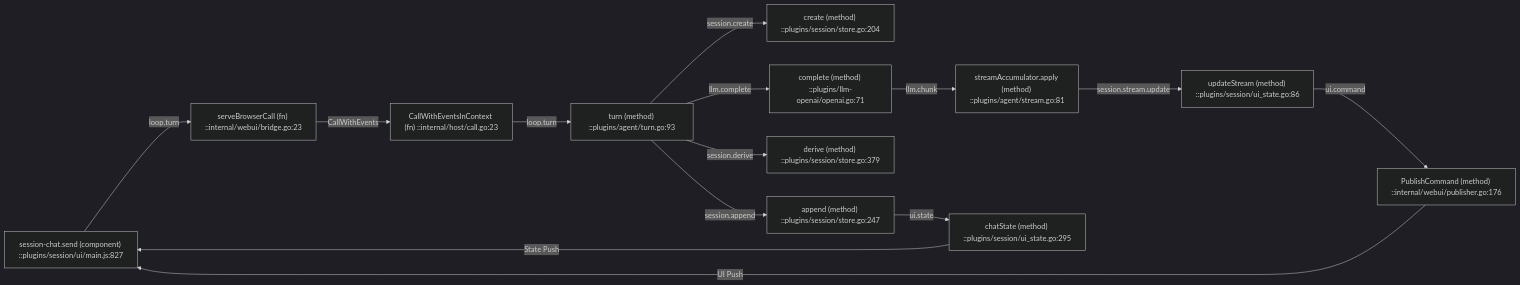
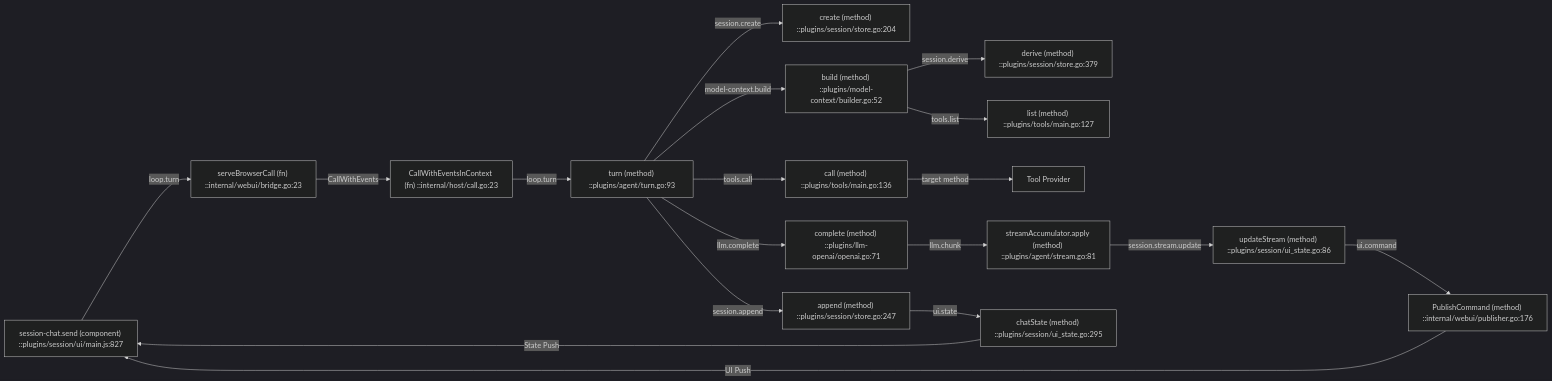
One commit to Alphazer01214/my-go-lite-agent changed the second of 5 diagrams in docs/project-map/DEPENDENCY.md. Above: the diagram before and after it, drawn with Mermaid (dark theme). The commit also changed other lines of this file and 87 other files, not shown here.

````diff
--- a/docs/project-map/DEPENDENCY.md
+++ b/docs/project-map/DEPENDENCY.md
@@ -22,16 +37,20 @@
 ```mermaid
 flowchart LR
   UI["session-chat.send (component) ::plugins/session/ui/main.js:827"] -->|loop.turn| Bridge["serveBrowserCall (fn) ::internal/webui/bridge.go:23"]
   Bridge -->|CallWithEvents| Call["CallWithEventsInContext (fn) ::internal/host/call.go:23"]
   Call -->|loop.turn| Turn["turn (method) ::plugins/agent/turn.go:93"]
   Turn -->|session.create| Create["create (method) ::plugins/session/store.go:204"]
   Turn -->|session.append| Append["append (method) ::plugins/session/store.go:247"]
-  Turn -->|session.derive| Derive["derive (method) ::plugins/session/store.go:379"]
+  Turn -->|model-context.build| Build["build (method) ::plugins/model-context/builder.go:52"]
+  Build -->|session.derive| Derive["derive (method) ::plugins/session/store.go:379"]
+  Build -->|tools.list| List["list (method) ::plugins/tools/main.go:127"]
+  Turn -->|tools.call| ToolCall["call (method) ::plugins/tools/main.go:136"]
+  ToolCall -->|target method| Provider["Tool Provider"]
   Turn -->|llm.complete| Complete["complete (method) ::plugins/llm-openai/openai.go:71"]
   Complete -->|llm.chunk| Accumulate["streamAccumulator.apply (method) ::plugins/agent/stream.go:81"]
   Accumulate -->|session.stream.update| Update["updateStream (method) ::plugins/session/ui_state.go:86"]
   Update -->|ui.command| Publish["PublishCommand (method) ::internal/webui/publisher.go:176"]
   Publish -->|UI Push| UI
   Append -->|ui.state| Chat["chatState (method) ::plugins/session/ui_state.go:295"]
   Chat -->|State Push| UI
 ```
````
